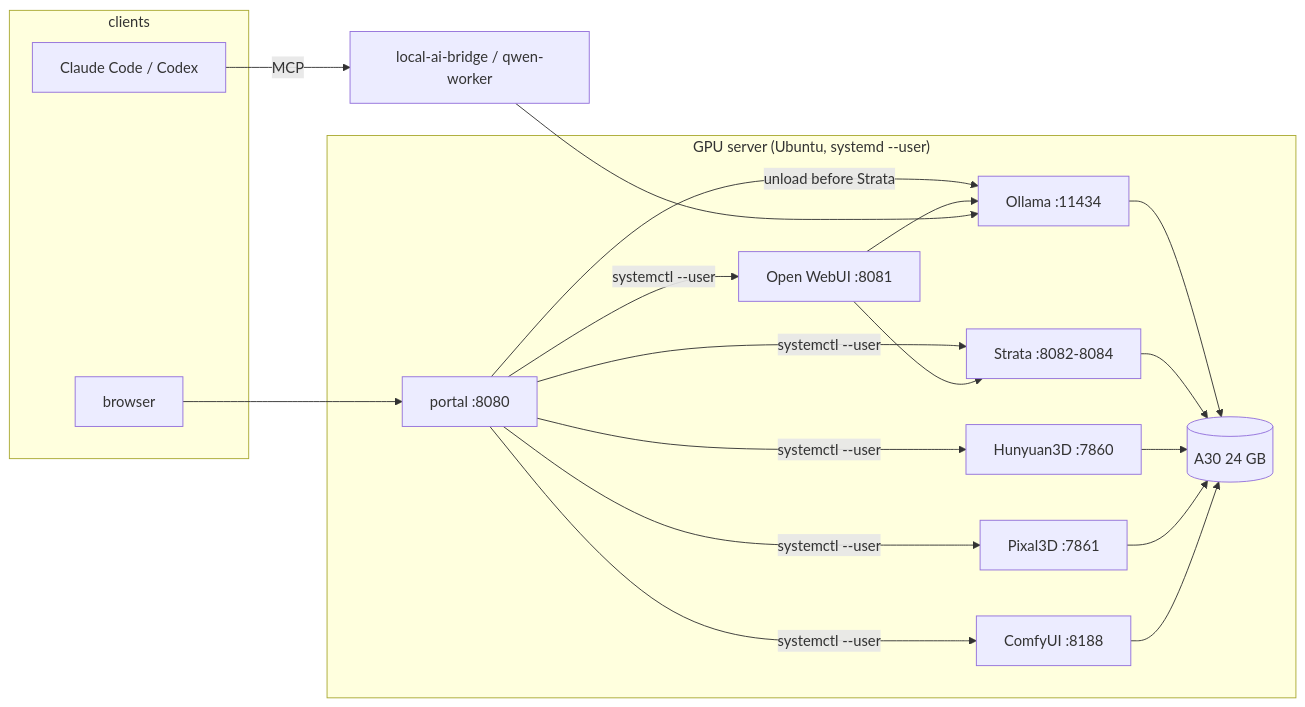
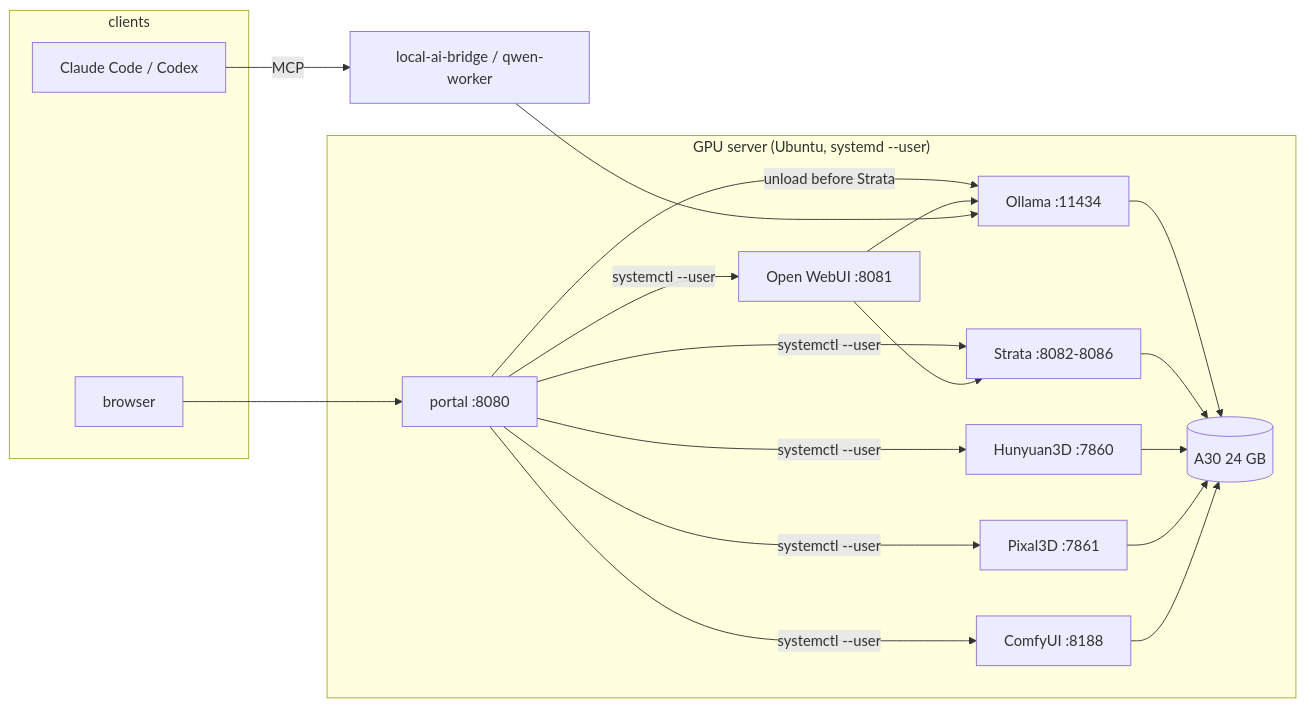
Before and after one commit to ringo7pie/localai: the diagram in README.md, drawn with Mermaid. The commit also changed other lines of this file and 2 other files, not shown here.

First line of the commit message:
README・Pages: 2026-10-18 の評価と Strata 5 種を反映

````diff
--- a/README.md
+++ b/README.md
@@ -42,23 +45,23 @@
 ```mermaid
 flowchart LR
   subgraph clients["clients"]
     browser["browser"]
     cloud["Claude Code / Codex"]
   end
   subgraph server["GPU server (Ubuntu, systemd --user)"]
     portal["portal :8080"]
     webui["Open WebUI :8081"]
     ollama["Ollama :11434"]
-    strata["Strata :8082-8084"]
+    strata["Strata :8082-8086"]
     h3d["Hunyuan3D :7860"]
     p3d["Pixal3D :7861"]
     comfy["ComfyUI :8188"]
     gpu[("A30 24 GB")]
   end
   browser --> portal
   portal -- "systemctl --user" --> webui & strata & h3d & p3d & comfy
   portal -- "unload before Strata" --> ollama
   webui --> ollama & strata
   cloud -- "MCP" --> bridge["local-ai-bridge / qwen-worker"] --> ollama
   ollama & strata & h3d & p3d & comfy --> gpu
 ```
````
